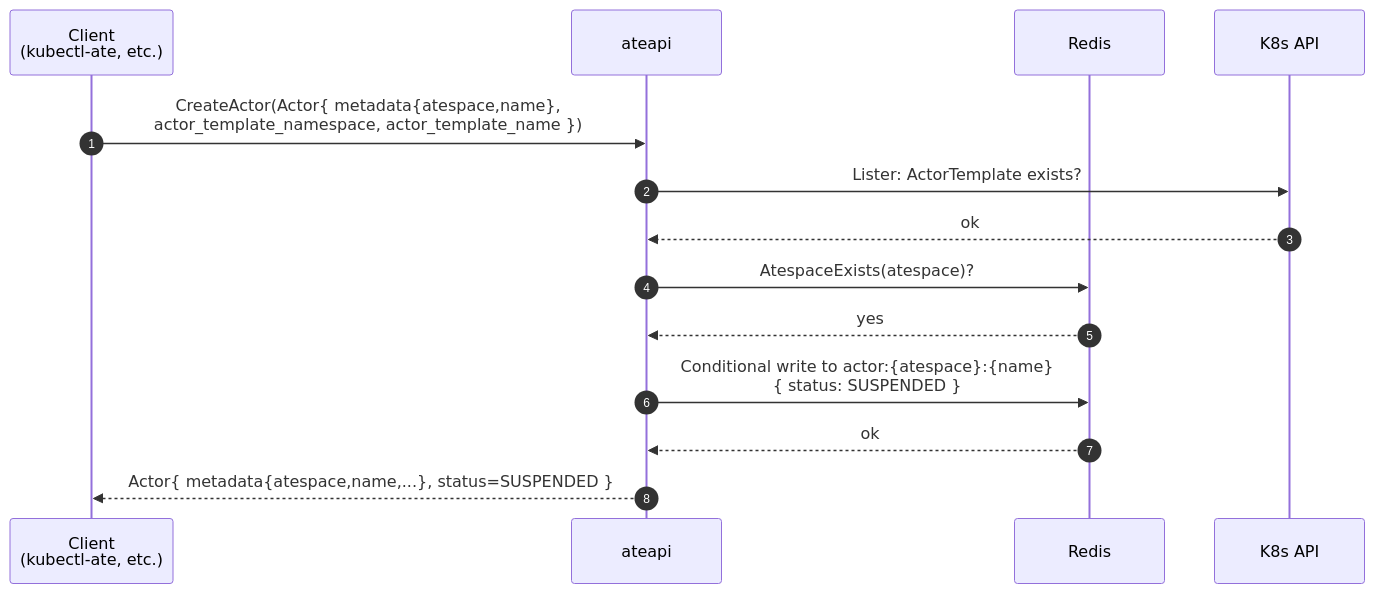
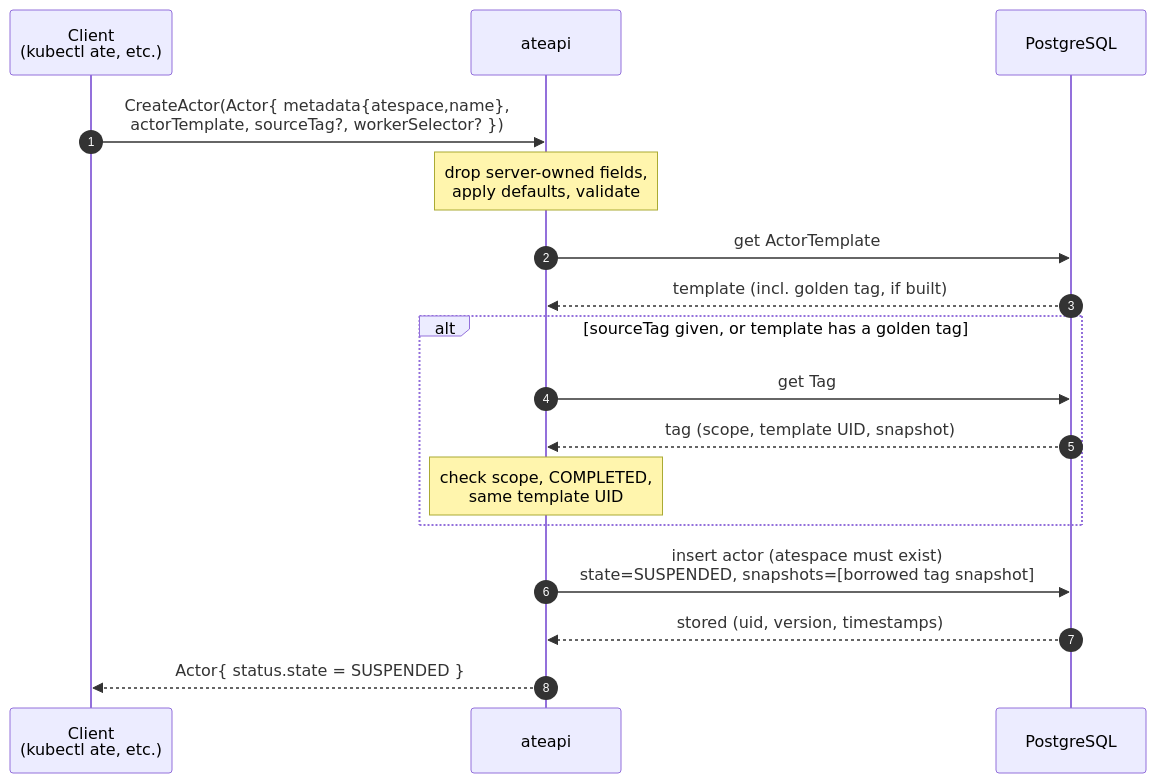
Before and after one commit to christian-posta/substrate: the diagram in atlas/src/content/docs/flows/create-actor.mdx, drawn with Mermaid. The commit also changed other lines of this file and 34 other files, not shown here.

````diff
--- a/atlas/src/content/docs/flows/create-actor.mdx
+++ b/atlas/src/content/docs/flows/create-actor.mdx
@@ -17,17 +26,20 @@
 ```mermaid
 sequenceDiagram
   autonumber
-  participant C as Client<br/>(kubectl-ate, etc.)
+  participant C as Client<br/>(kubectl ate, etc.)
   participant A as ateapi
-  participant R as Redis
+  participant DB as PostgreSQL
 
-  participant K as K8s API
-  C->>A: CreateActor(Actor{ metadata{atespace,name},<br/>actor_template_namespace, actor_template_name })
-  A->>K: Lister: ActorTemplate exists?
-  K-->>A: ok
-  A->>R: AtespaceExists(atespace)?
-  R-->>A: yes
-  A->>R: Conditional write to actor:{atespace}:{name}<br/>{ status: SUSPENDED }
-  R-->>A: ok
-  A-->>C: Actor{ metadata{atespace,name,...}, status=SUSPENDED }
+  C->>A: CreateActor(Actor{ metadata{atespace,name},<br/>actorTemplate, sourceTag?, workerSelector? })
+  Note over A: drop server-owned fields,<br/>apply defaults, validate
+  A->>DB: get ActorTemplate
+  DB-->>A: template (incl. golden tag, if built)
+  alt sourceTag given, or template has a golden tag
+    A->>DB: get Tag
+    DB-->>A: tag (scope, template UID, snapshot)
+    Note over A: check scope, COMPLETED,<br/>same template UID
+  end
+  A->>DB: insert actor (atespace must exist)<br/>state=SUSPENDED, snapshots=[borrowed tag snapshot]
+  DB-->>A: stored (uid, version, timestamps)
+  A-->>C: Actor{ status.state = SUSPENDED }
 ```
````
